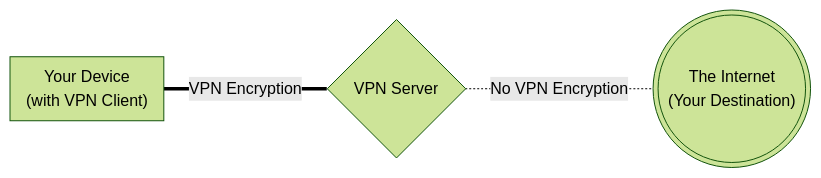
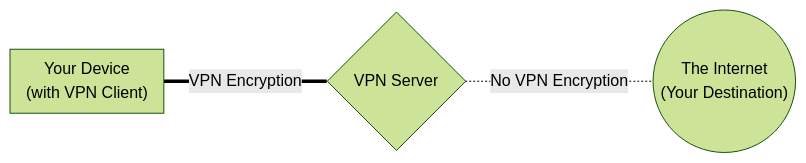
The diagram in docs/basics/vpn-overview.md (privacyguides/privacyguides.org), drawn with Mermaid (forest theme) before and after one commit.

Commit message:
style: Fix typo in VPN Overview (#2812)

````diff
--- a/docs/basics/vpn-overview.md
+++ b/docs/basics/vpn-overview.md
@@ -25,7 +25,7 @@
 ``` mermaid
 flowchart LR
  763931["Your Device<div>(with VPN Client)</div>"] ===|"VPN Encryption"| 404512{"VPN Server"}
- 404512 -.-|"No VPN Encryption"| 593753((("The Internet\n(Your Destination)")))
+ 404512 -.-|"No VPN Encryption"| 593753(("The Internet<div>(Your Destination)</div>"))
  subgraph 763931["Your Device<div>(with VPN Client)</div>"]
  end
 ```
````
